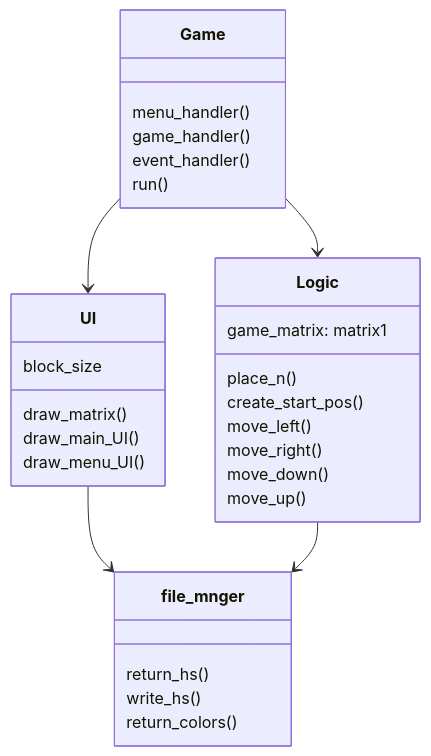
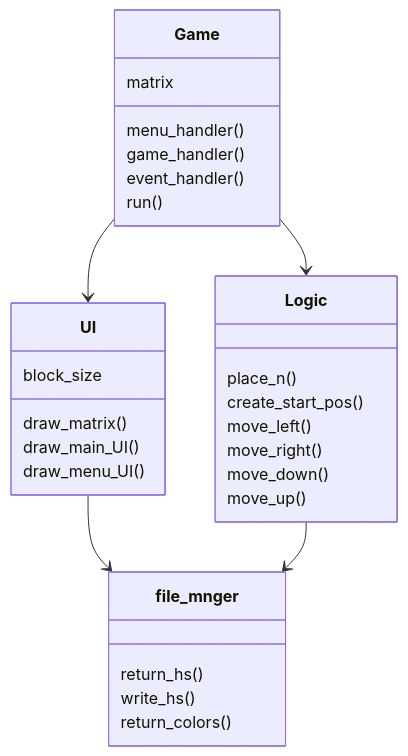
Before and after one commit to Jusq17/ot-harjoitustyo: the second of 2 diagrams in Dokumentaatio/arkkitehtuuri.md, drawn with Mermaid. The commit also changed other lines of this file, not shown here.

````diff
--- a/Dokumentaatio/arkkitehtuuri.md
+++ b/Dokumentaatio/arkkitehtuuri.md
@@ -77,41 +77,42 @@
 ```mermaid
 
   classDiagram
   
   Game --> Logic
   Game --> UI
   UI --> file_mnger
   Logic --> file_mnger
   
   class Game{
+     matrix
+  
      menu_handler()
      game_handler()
      event_handler()
      run()
   }
   
   class Logic{
-    game_matrix: matrix1
     
     place_n()
     create_start_pos()
     move_left()
     move_right()
     move_down()
     move_up()
   }
   
   class UI{
     block_size
     draw_matrix()
     draw_main_UI()
     draw_menu_UI()
   }
   
   class file_mnger{
     return_hs()
     write_hs()
     return_colors()
   }
 
 ```
````
